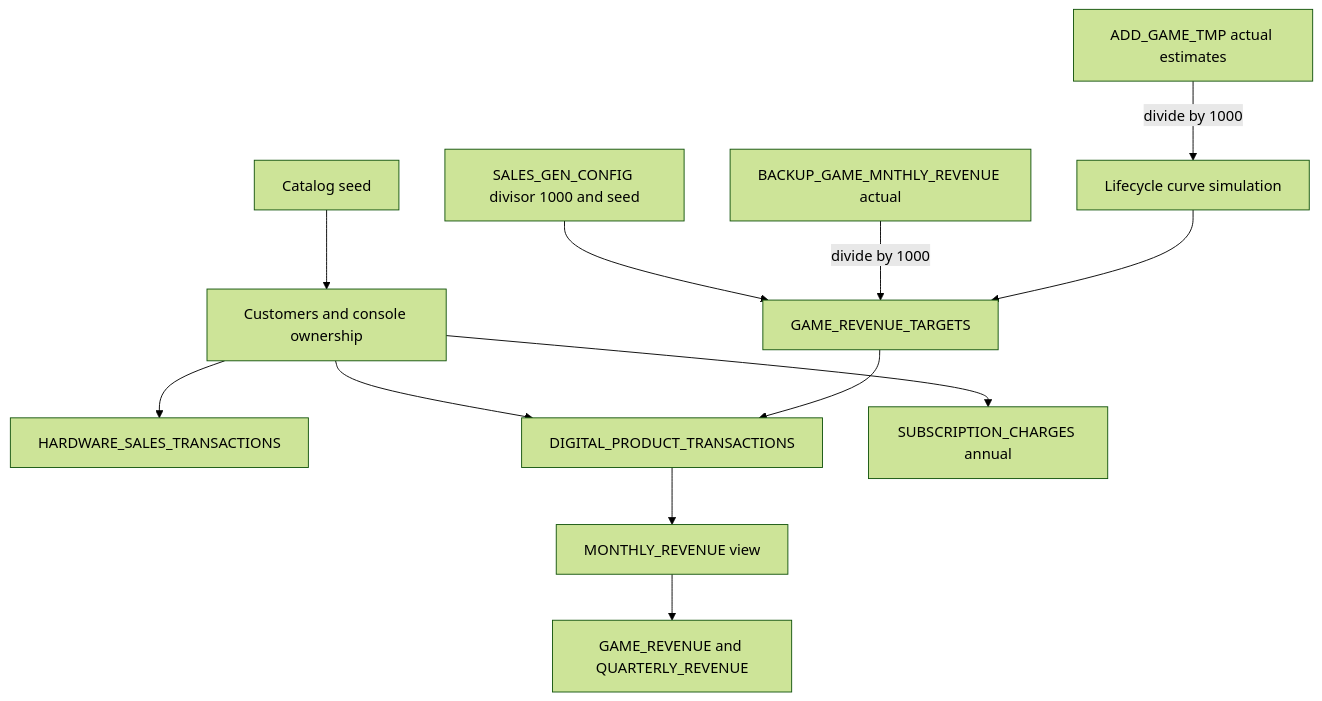
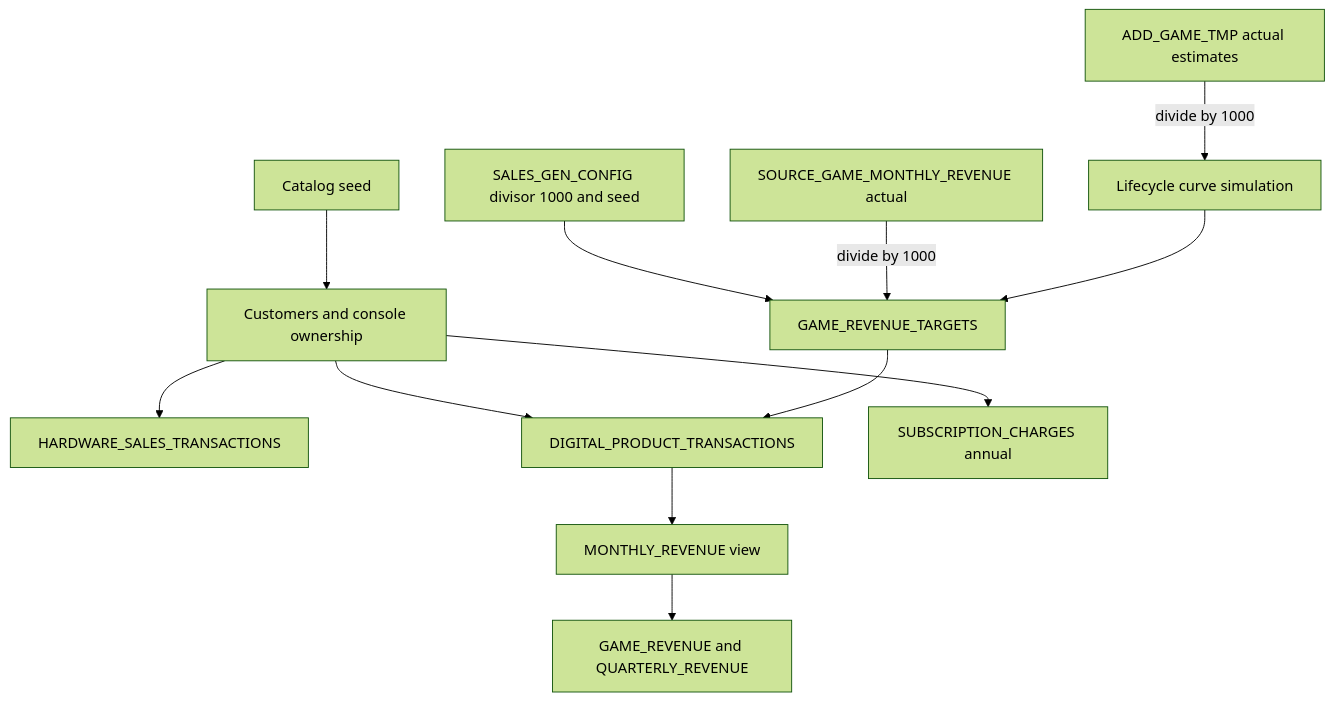
One commit to sfc-gh-jwestra/ontology-games changed the first of 2 diagrams in .snowflake/cortex/plans/game-sales-synthetic-data-generation.plan.md. Above: the diagram before and after it, drawn with Mermaid (forest theme). The commit also changed other lines of this file and 259 other files, not shown here.

First line of the commit message:
Restructure demo: Parquet install, per-schema semantic views, graded batch eval, three-tab compare UI

````diff
--- a/.snowflake/cortex/plans/game-sales-synthetic-data-generation.plan.md
+++ b/.snowflake/cortex/plans/game-sales-synthetic-data-generation.plan.md
@@ -47,14 +45,14 @@
 ```mermaid
 flowchart TD
     Cfg[SALES_GEN_CONFIG divisor 1000 and seed] --> Tgt[GAME_REVENUE_TARGETS]
-    Bk[BACKUP_GAME_MNTHLY_REVENUE actual] -->|divide by 1000| Tgt
+    Bk[SOURCE_GAME_MONTHLY_REVENUE actual] -->|divide by 1000| Tgt
     Tmp[ADD_GAME_TMP actual estimates] -->|divide by 1000| Curve[Lifecycle curve simulation]
     Curve --> Tgt
     Cat[Catalog seed] --> Cust[Customers and console ownership]
     Cust --> Hw[HARDWARE_SALES_TRANSACTIONS]
     Cust --> Dig[DIGITAL_PRODUCT_TRANSACTIONS]
     Tgt --> Dig
     Cust --> Sub[SUBSCRIPTION_CHARGES annual]
     Dig --> MR[MONTHLY_REVENUE view]
     MR --> GR[GAME_REVENUE and QUARTERLY_REVENUE]
 ```
````
